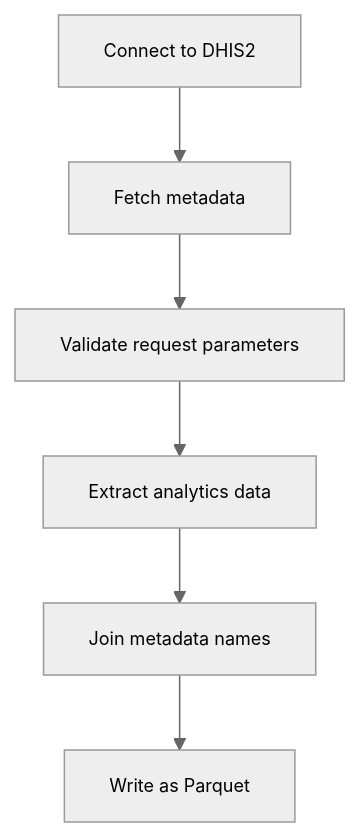
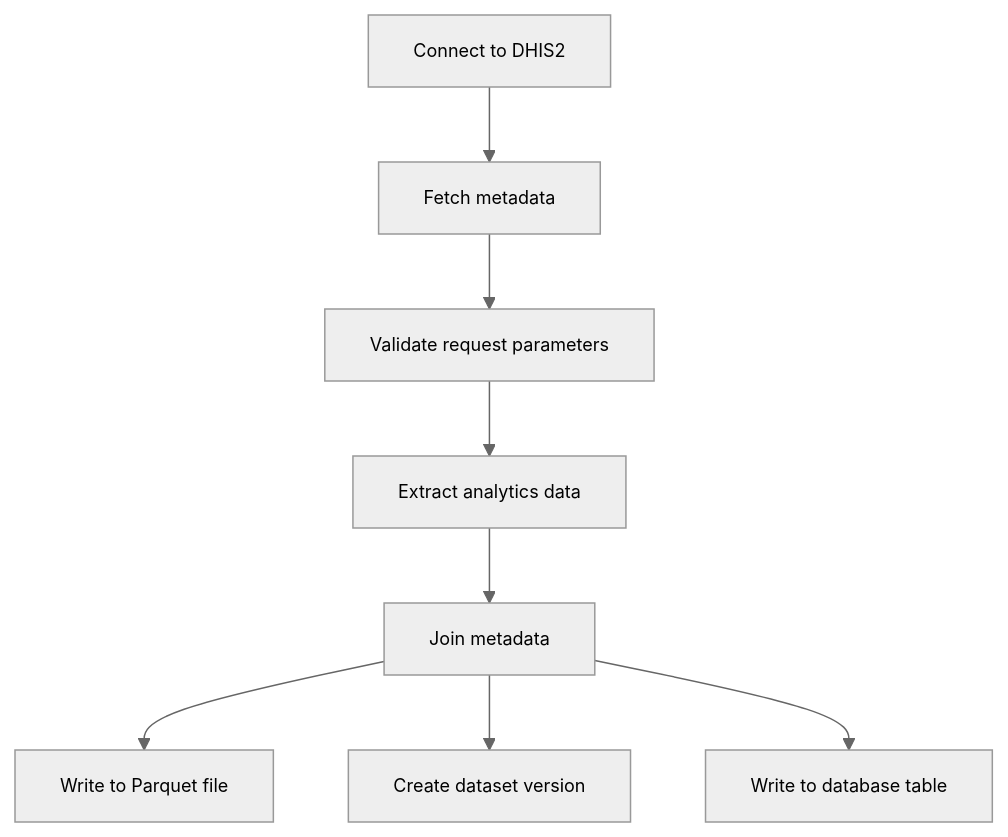
One commit to BLSQ/openhexa-templates-ds changed the diagram in dhis2_extract_analytics/README.md. Above: the diagram before and after it, drawn with Mermaid. The commit also changed other lines of this file, not shown here.

````diff
--- a/dhis2_extract_analytics/README.md
+++ b/dhis2_extract_analytics/README.md
@@ -74,17 +91,20 @@
 ```mermaid
 %%{init: 
 {
   "theme": "neutral",
   "themeVariables": {
     "fontFamily": "Barlow",
     "fontSize": "12px"
  }
 }
 }%%
 flowchart TB
-    A[Connect to DHIS2] --> B[Fetch metadata]
-    B --> C[Validate request parameters]
-    C --> D[Extract analytics data]
-    D --> E[Join metadata names]
-    E --> F[Write as Parquet]
+    A[Connect to DHIS2]
+    A --> C[Fetch metadata]
+    C --> D[Validate request parameters]
+    D --> E[Extract analytics data]
+    E --> F[Join metadata]
+    F --> H[Write to Parquet file]
+    F --> I[Create dataset version]
+    F --> J[Write to database table]
 ```
````
